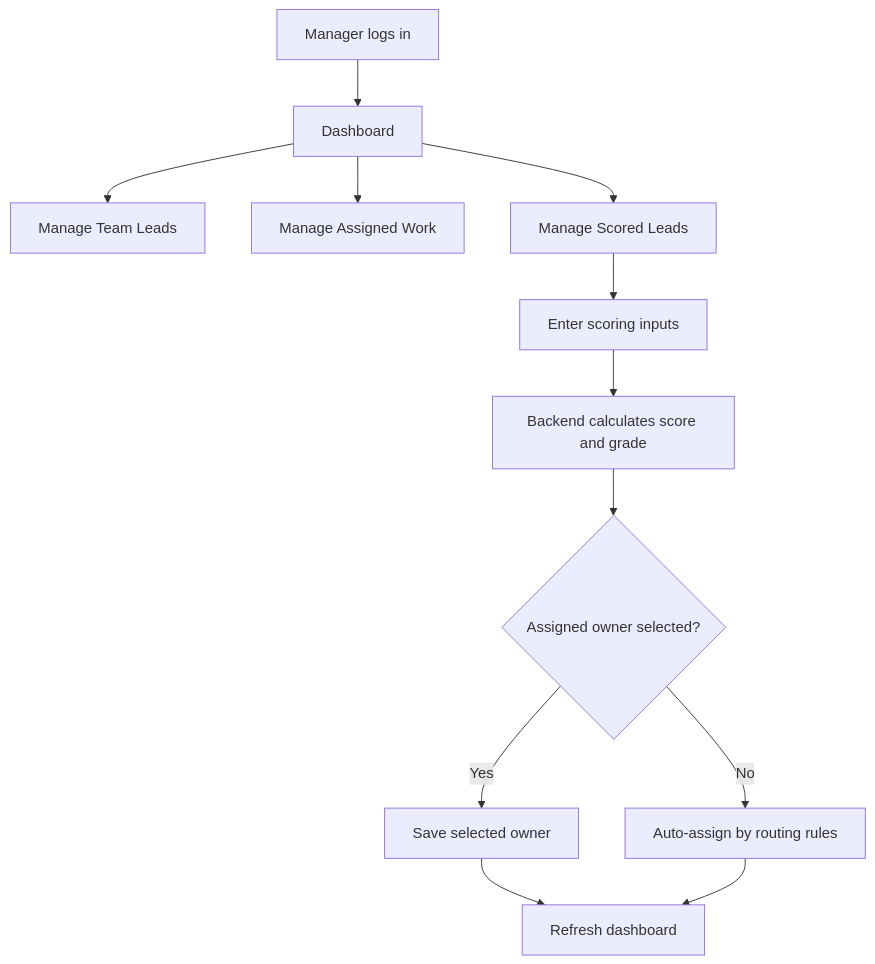
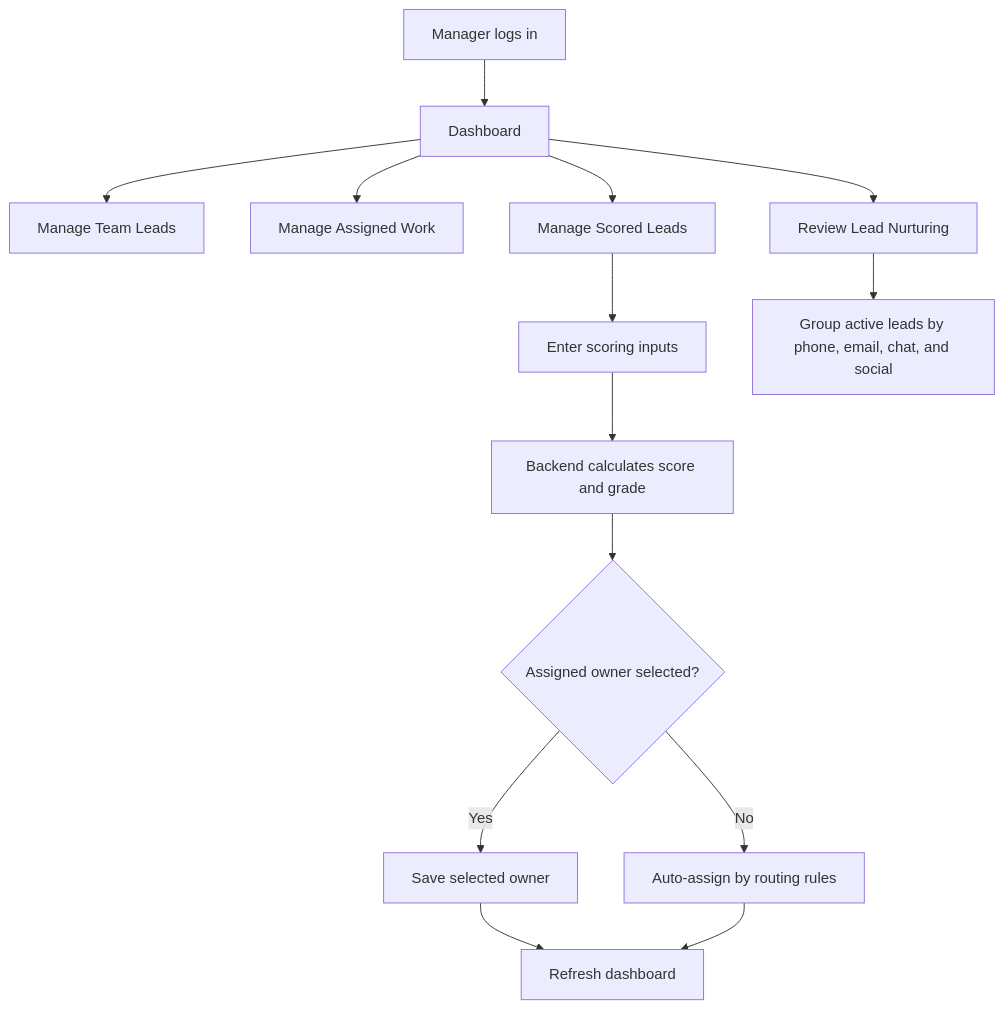
Before and after one commit to Sonjoy209164/LeadManagement: the second of 2 diagrams in READMELeadmanagement.md, drawn with Mermaid. The commit also changed other lines of this file and 3 other files, not shown here.

Commit message:
feat :Lead Nurturing

````diff
--- a/READMELeadmanagement.md
+++ b/READMELeadmanagement.md
@@ -289,14 +309,16 @@
 ```mermaid
 flowchart TD
     A[Manager logs in] --> B[Dashboard]
     B --> C[Manage Team Leads]
     B --> D[Manage Assigned Work]
     B --> E[Manage Scored Leads]
+    B --> L[Review Lead Nurturing]
     E --> F[Enter scoring inputs]
     F --> G[Backend calculates score and grade]
     G --> H{Assigned owner selected?}
     H -->|Yes| I[Save selected owner]
     H -->|No| J[Auto-assign by routing rules]
     I --> K[Refresh dashboard]
     J --> K
+    L --> M[Group active leads by phone, email, chat, and social]
 ```
````
